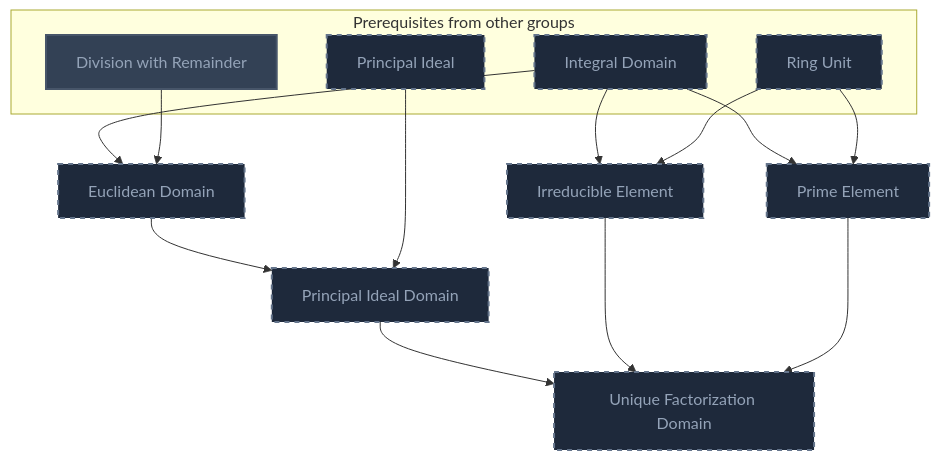
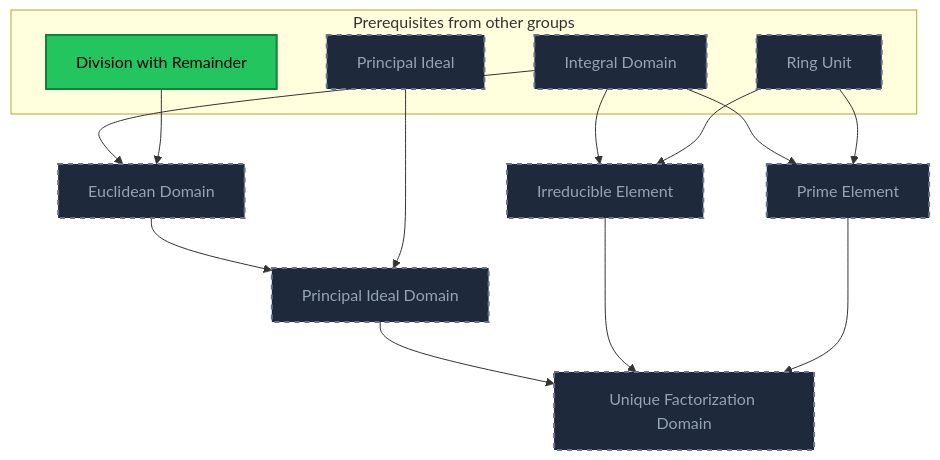
One commit to MRauf1/My-Notes changed the ninth of 20 diagrams in Gamification/Skill Trees/Abstract Algebra.md. Above: the diagram before and after it, drawn with Mermaid. The commit also changed other lines of this file and 145 other files, not shown here.

````diff
--- a/Gamification/Skill Trees/Abstract Algebra.md
+++ b/Gamification/Skill Trees/Abstract Algebra.md
@@ -732,37 +734,37 @@
 ```mermaid
 flowchart TD
     classDef planned fill:#1E293B,stroke:#64748B,stroke-width:2px,stroke-dasharray:5 5,color:#94A3B8;
     classDef locked fill:#334155,stroke:#475569,stroke-width:2px,color:#94A3B8;
     classDef L0 fill:#F1F5F9,stroke:#94A3B8,stroke-width:2px,color:#000000;
     classDef L1 fill:#22C55E,stroke:#15803D,stroke-width:2px,color:#000000;
     classDef L2 fill:#3B82F6,stroke:#1D4ED8,stroke-width:3px,color:#FFFFFF;
     classDef L3 fill:#A855F7,stroke:#6B21A8,stroke-width:3px,color:#FFFFFF,font-weight:bold;
     classDef L4 fill:#F97316,stroke:#C2410C,stroke-width:4px,color:#000000,font-weight:bold;
     classDef L5 fill:#FFD700,stroke:#FF8C00,stroke-width:5px,color:#000000,font-weight:bold;
     classDef rusty stroke:#8B4513,stroke-width:4px,stroke-dasharray:3 3;
     subgraph sg_prereqs["Prerequisites from other groups"]
         n_integral_domain["Integral Domain"]
         n_division_with_remainder["Division with Remainder"]
         n_principal_ideal["Principal Ideal"]
         n_ring_unit["Ring Unit"]
     end
     n_euclidean_domain["Euclidean Domain"]
     n_principal_ideal_domain["Principal Ideal Domain"]
     n_irreducible_element["Irreducible Element"]
     n_prime_element["Prime Element"]
     n_unique_factorization_domain["Unique Factorization Domain"]
     n_integral_domain --> n_euclidean_domain
     n_division_with_remainder --> n_euclidean_domain
     n_euclidean_domain --> n_principal_ideal_domain
     n_principal_ideal --> n_principal_ideal_domain
     n_integral_domain --> n_irreducible_element
     n_ring_unit --> n_irreducible_element
     n_integral_domain --> n_prime_element
     n_ring_unit --> n_prime_element
     n_principal_ideal_domain --> n_unique_factorization_domain
     n_irreducible_element --> n_unique_factorization_domain
     n_prime_element --> n_unique_factorization_domain
     class n_integral_domain,n_principal_ideal,n_ring_unit,n_euclidean_domain,n_principal_ideal_domain,n_irreducible_element,n_prime_element,n_unique_factorization_domain planned;
-    class n_division_with_remainder locked;
+    class n_division_with_remainder L1;
     class n_division_with_remainder internal-link;
 ```
````
